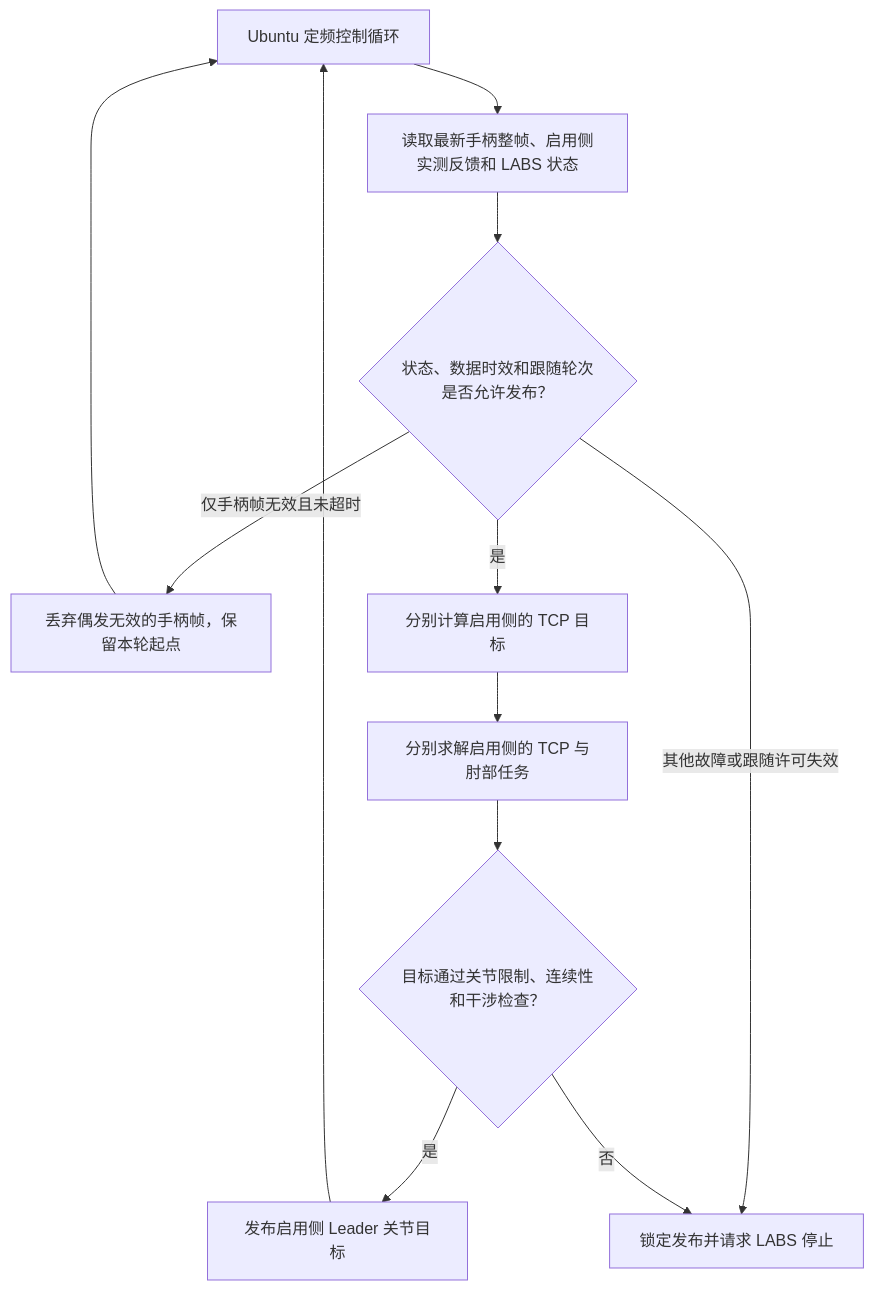
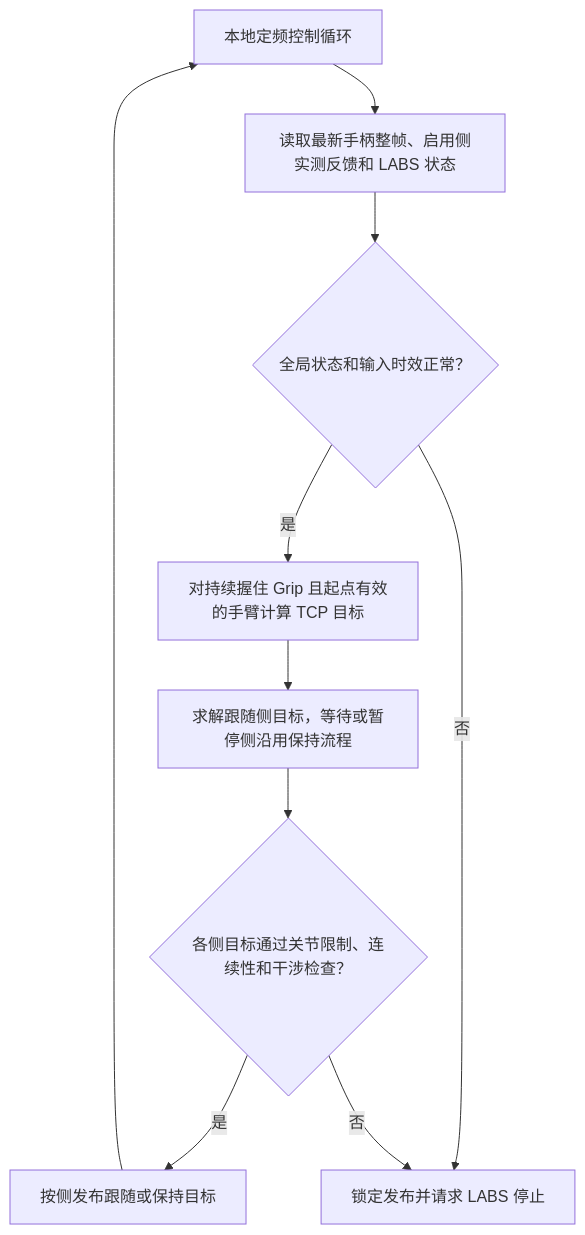
One commit to YYxzz8866/Quest-Proposal changed the second of 4 diagrams in 7、遥操作同步、跟随及异常处理.md. Above: the diagram before and after it, drawn with Mermaid. The commit also changed other lines of this file and 9 other files, not shown here.

````diff
--- a/7、遥操作同步、跟随及异常处理.md
+++ b/7、遥操作同步、跟随及异常处理.md
@@ -75,19 +82,17 @@
 ```mermaid
 flowchart TD
-    Tick["Ubuntu 定频控制循环"]
+    Tick["本地定频控制循环"]
     Read["读取最新手柄整帧、启用侧实测反馈和 LABS 状态"]
-    Check{"状态、数据时效和跟随轮次是否允许发布？"}
-    Skip["丢弃偶发无效的手柄帧，保留本轮起点"]
-    Map["分别计算启用侧的 TCP 目标"]
-    Solve["分别求解启用侧的 TCP 与肘部任务"]
-    OutputOk{"目标通过关节限制、连续性和干涉检查？"}
-    Send["发布启用侧 Leader 关节目标"]
+    Check{"全局状态和输入时效正常？"}
+    Map["对持续握住 Grip 且起点有效的手臂计算 TCP 目标"]
+    Solve["求解跟随侧目标，等待或暂停侧沿用保持流程"]
+    OutputOk{"各侧目标通过关节限制、连续性和干涉检查？"}
+    Send["按侧发布跟随或保持目标"]
     Stop["锁定发布并请求 LABS 停止"]
 
     Tick --> Read --> Check
     Check -->|是| Map --> Solve --> OutputOk
-    Check -->|仅手柄帧无效且未超时| Skip --> Tick
-    Check -->|其他故障或跟随许可失效| Stop
+    Check -->|否| Stop
     OutputOk -->|是| Send --> Tick
     OutputOk -->|否| Stop
 ```
````
